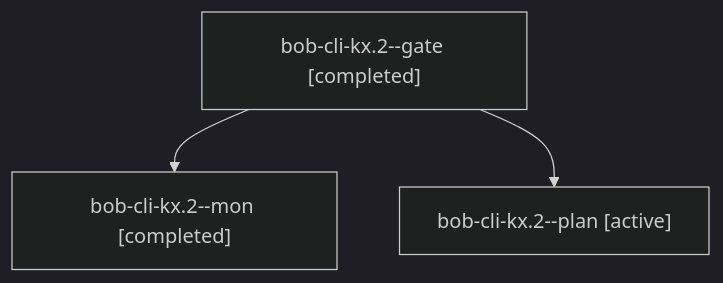
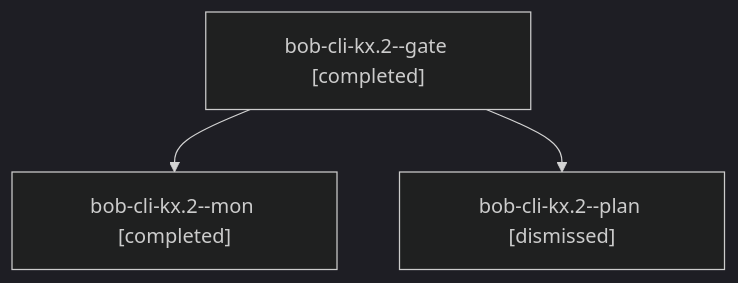
Before and after one commit to bobs-org/bob-cli--agents: the diagram in sessions/bbugyi200.athena.bob-cli-kx.2.md, drawn with Mermaid (dark theme). The commit also changed other lines of this file and 116 other files, not shown here.

````diff
--- a/sessions/bbugyi200.athena.bob-cli-kx.2.md
+++ b/sessions/bbugyi200.athena.bob-cli-kx.2.md
@@ -9,8 +9,8 @@
 ```mermaid
 flowchart TD
   n0["bob-cli-kx.2--gate [completed]"]
   n1["bob-cli-kx.2--mon [completed]"]
   n0 --> n1
-  n2["bob-cli-kx.2--plan [active]"]
+  n2["bob-cli-kx.2--plan [dismissed]"]
   n0 --> n2
 ```
````
